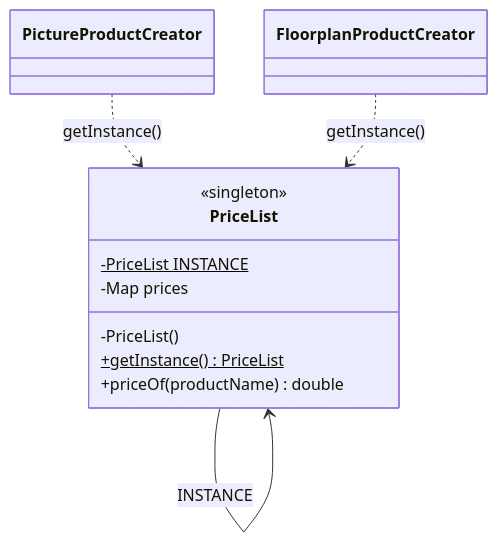
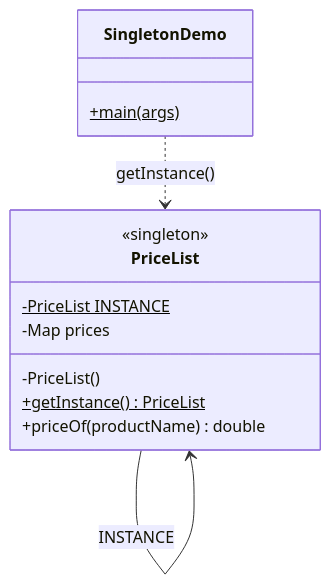
The third of 4 diagrams in src/main/java/hoa/tran/patterns/creations/Notes.md (trnghoa/design-patterns), drawn with Mermaid before and after one commit. The commit also changed other lines of this file and 8 other files, not shown here.

````diff
--- a/src/main/java/hoa/tran/patterns/creations/Notes.md
+++ b/src/main/java/hoa/tran/patterns/creations/Notes.md
@@ -178,18 +179,18 @@
 ```mermaid
 classDiagram
     class PriceList {
         <<singleton>>
         -PriceList INSTANCE$
         -Map prices
         -PriceList()
         +getInstance()$ PriceList
         +priceOf(productName) double
     }
 
-    class PictureProductCreator
-    class FloorplanProductCreator
+    class SingletonDemo {
+        +main(args)$
+    }
 
     PriceList --> PriceList : INSTANCE
-    PictureProductCreator ..> PriceList : getInstance()
-    FloorplanProductCreator ..> PriceList : getInstance()
+    SingletonDemo ..> PriceList : getInstance()
 ```
````
